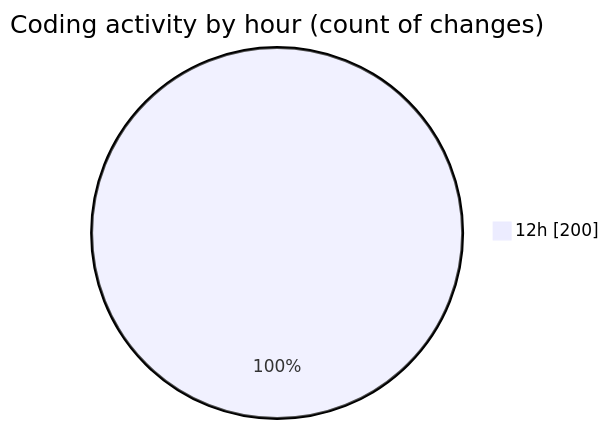
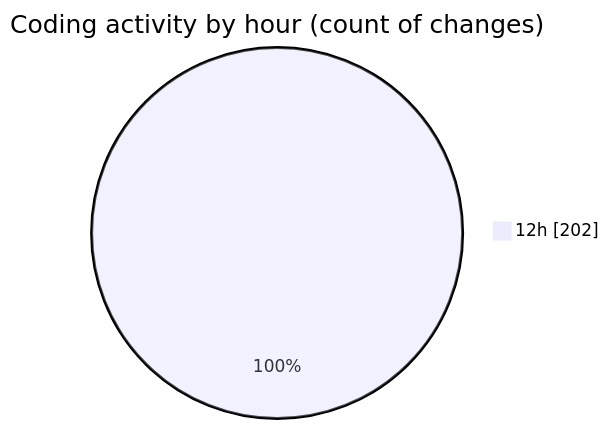
The second of 2 diagrams in 2025-03-04/masm/README.md (charlie-sans/code-tracking), drawn with Mermaid before and after one commit. The commit also changed other lines of this file and 1 other file, not shown here.

````diff
--- a/2025-03-04/masm/README.md
+++ b/2025-03-04/masm/README.md
@@ -29,5 +31,5 @@
 ```mermaid
 pie showData
 title Coding activity by hour (count of changes)
-"12h" : 200
+"12h" : 202
 ```
````
